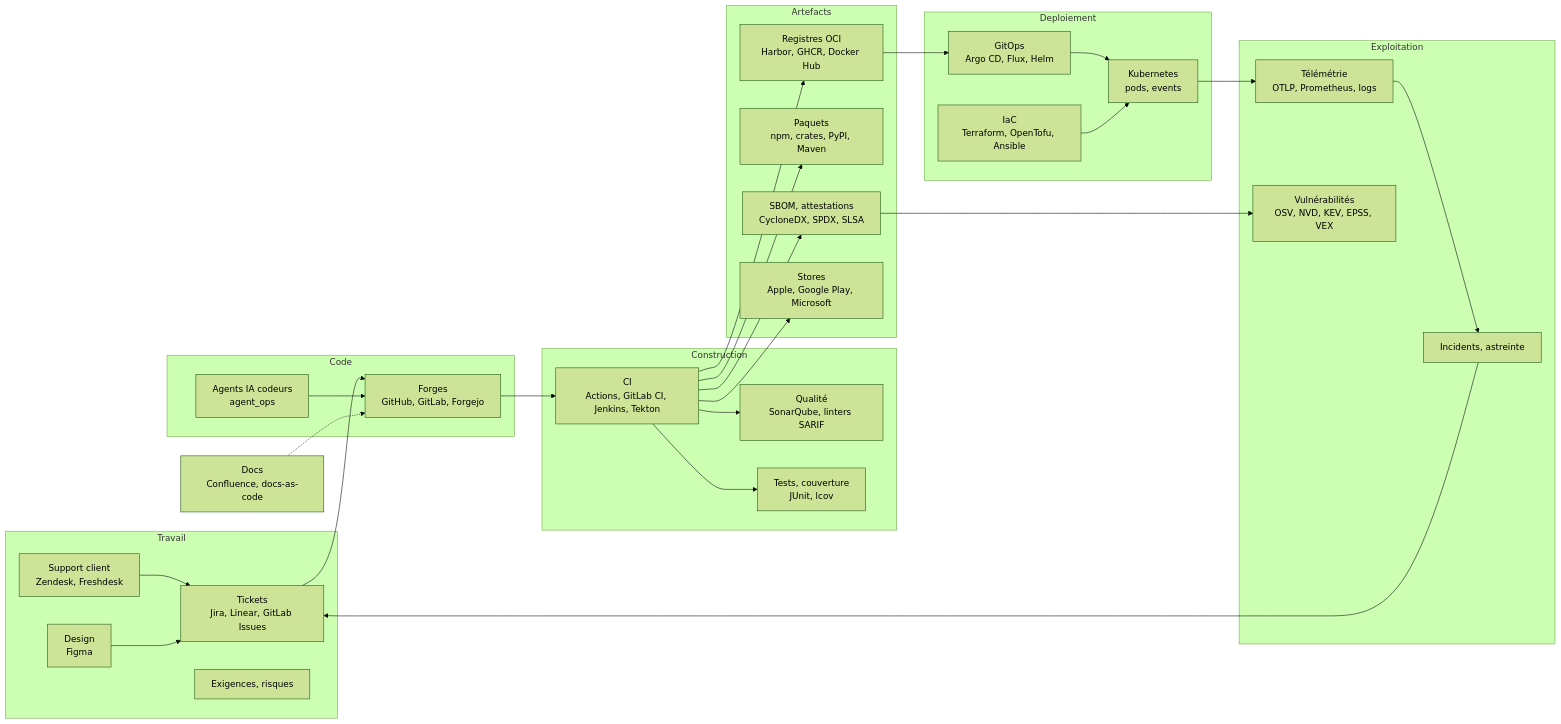
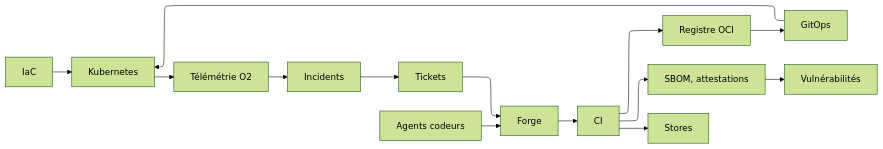
The second of 5 diagrams in docs/architecture/software-delivery.md (Pnex/pnex-rs), drawn with Mermaid (forest theme) before and after one commit. The commit also changed other lines of this file and 2 other files, not shown here.

````diff
--- a/docs/architecture/software-delivery.md
+++ b/docs/architecture/software-delivery.md
@@ -77,48 +57,14 @@
 ```mermaid
+---
+config:
+  layout: elk
+---
 flowchart LR
-  subgraph Travail
-    J[Tickets<br/>Jira, Linear, GitLab Issues]
-    S[Support client<br/>Zendesk, Freshdesk]
-    F[Design<br/>Figma]
-    R[Exigences, risques]
-  end
-  subgraph Code
-    G[Forges<br/>GitHub, GitLab, Forgejo]
-    A[Agents IA codeurs<br/>agent_ops]
-  end
-  subgraph Construction
-    C[CI<br/>Actions, GitLab CI, Jenkins, Tekton]
-    Q[Qualité<br/>SonarQube, linters SARIF]
-    T[Tests, couverture<br/>JUnit, lcov]
-  end
-  subgraph Artefacts
-    O[Registres OCI<br/>Harbor, GHCR, Docker Hub]
-    P[Paquets<br/>npm, crates, PyPI, Maven]
-    B[SBOM, attestations<br/>CycloneDX, SPDX, SLSA]
-    M[Stores<br/>Apple, Google Play, Microsoft]
-  end
-  subgraph Deploiement
-    I[IaC<br/>Terraform, OpenTofu, Ansible]
-    D[GitOps<br/>Argo CD, Flux, Helm]
-    K[Kubernetes<br/>pods, events]
-  end
-  subgraph Exploitation
-    L[Télémétrie<br/>OTLP, Prometheus, logs]
-    N[Incidents, astreinte]
-    V[Vulnérabilités<br/>OSV, NVD, KEV, EPSS, VEX]
-  end
-  DOC[Docs<br/>Confluence, docs-as-code]
-  J --> G --> C --> O --> D --> K --> L --> N
-  S --> J
-  F --> J
-  A --> G
-  C --> Q
-  C --> T
-  C --> B
-  C --> P
-  C --> M
-  I --> K
-  B --> V
+  J[Tickets] --> G[Forge] --> C[CI] --> O[Registre OCI] --> D[GitOps] --> K[Kubernetes] --> L[Télémétrie O2] --> N[Incidents]
   N --> J
-  DOC -.-> G
+  A[Agents codeurs] --> G
+  C --> B[SBOM, attestations]
+  C --> M[Stores]
+  I[IaC] --> K
+  B --> V[Vulnérabilités]
 ```
````
